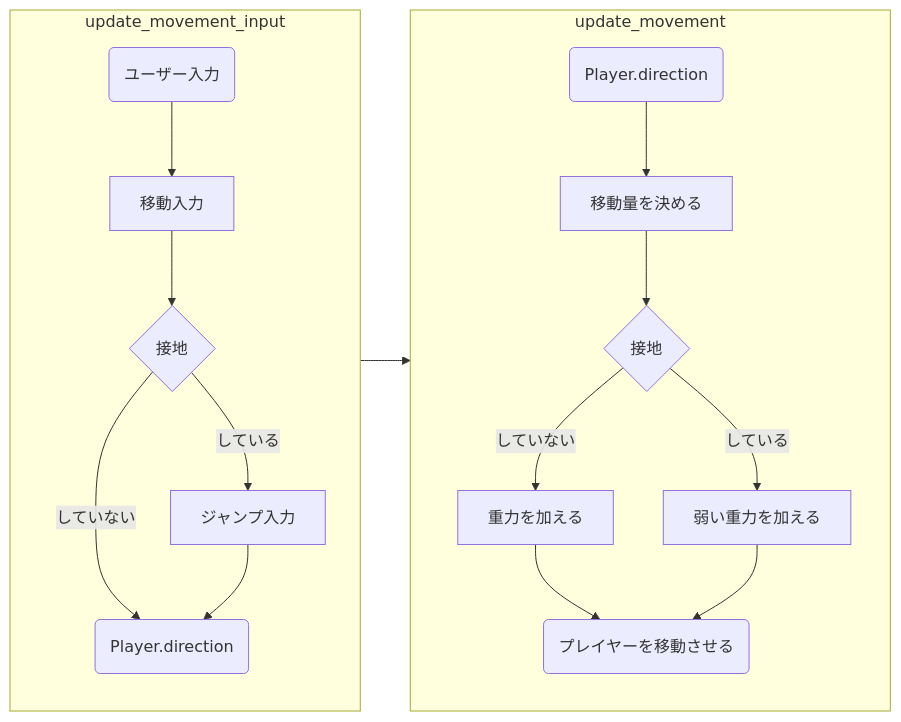
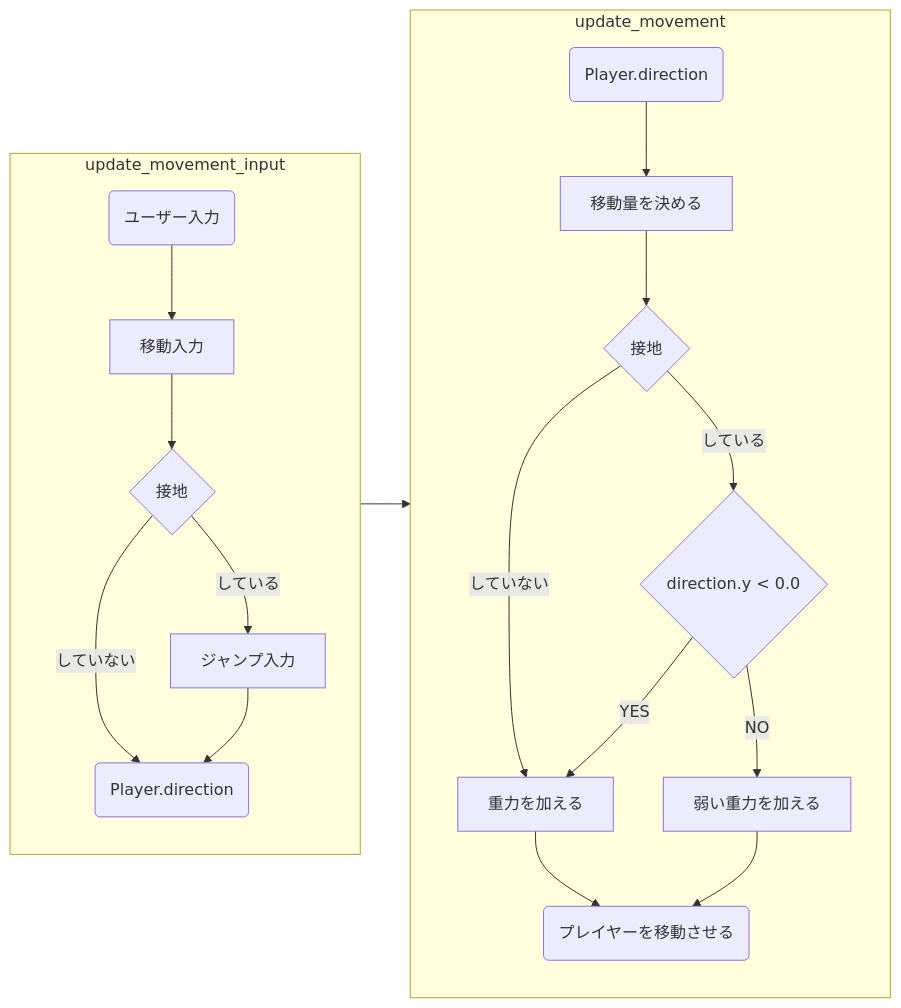
One commit to monax-owo/bevy_fps changed the diagram in src/game/player/movement.md. Above: the diagram before and after it, drawn with Mermaid. The commit also changed 2 other files, not shown here.

````diff
--- a/src/game/player/movement.md
+++ b/src/game/player/movement.md
@@ -1,30 +1,34 @@
 ```mermaid
 %% 書き方が合ってるかわからない
 %% そもそもフローチャートが何なのか知らない
 
 graph LR
 subgraph S1["update_movement_input"]
   direction TB
   A1(ユーザー入力) --> A2
   A2[移動入力]--> A3
 
   A3{接地}
   A3 -->|していない| A5
   A3 -->|している| A4[ジャンプ入力]--> A5
 
   A5(Player.direction)
 end
 
 subgraph S2["update_movement"]
   direction TB
   B1(Player.direction) --> B2
   B2[移動量を決める] --> B3
 
   B3{接地}
   B3 -->|していない| B4[重力を加える] --> B6
-  B3 -->|している| B5[弱い重力を加える] --> B6
+  B3 -->|している| B7
+  B7{direction.y < 0.0}
+  B7 -->|YES| B4
+  B7 -->|NO| B5
+  B5[弱い重力を加える] --> B6
 
   B6(プレイヤーを移動させる)
 end
 S1 --> S2
 ```
````
